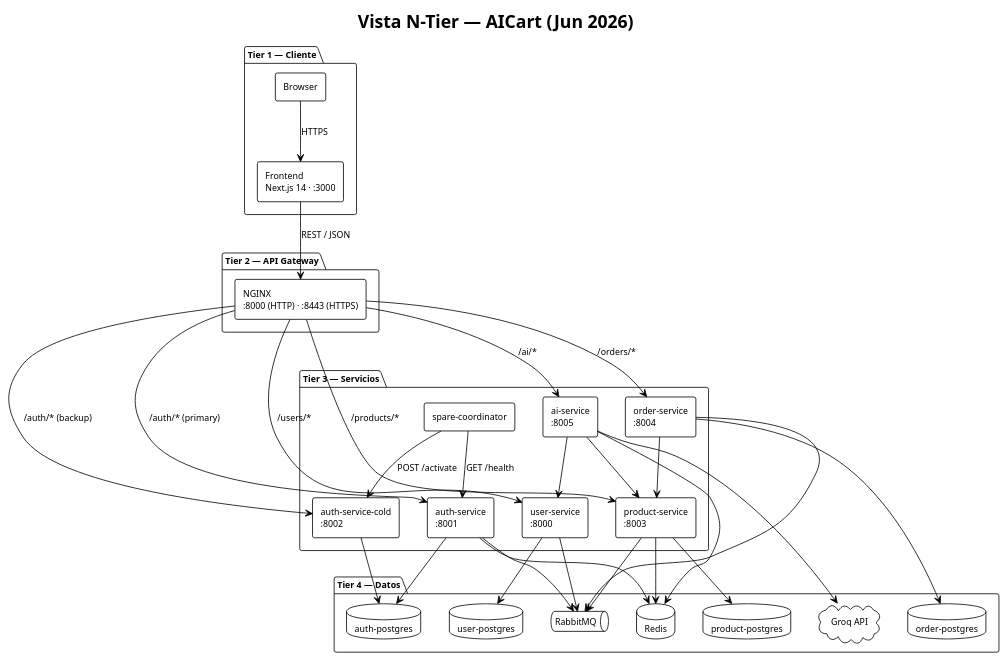
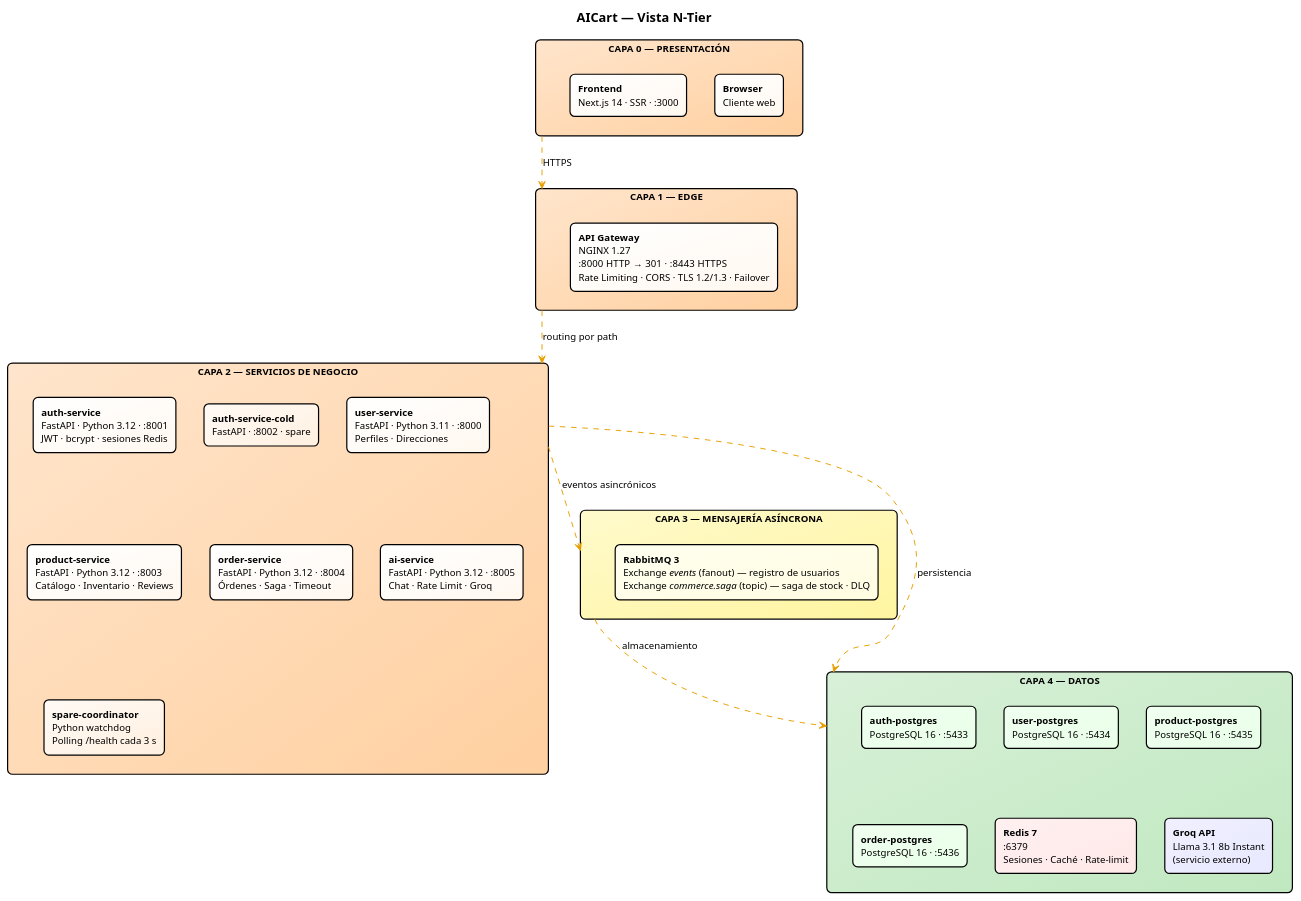
Before and after one commit to jpastor1649/ecommerce-project: the diagram in docs/architecture/NTier_Current.puml, drawn with PlantUML. The commit also changed 6 other files, not shown here.

```diff
--- a/docs/architecture/NTier_Current.puml
+++ b/docs/architecture/NTier_Current.puml
@@ -1,69 +1,52 @@
 @startuml
 !theme plain
-skinparam componentStyle rectangle
+skinparam defaultFontSize 12
+skinparam defaultFontName Arial
 skinparam shadowing false
-skinparam defaultFontSize 11
-top to bottom direction
+skinparam backgroundColor #FFFFFF
+skinparam rectangleRoundCorner 12
+skinparam rectangleBorderThickness 1.5
+skinparam ArrowColor #888888
+skinparam ArrowThickness 1.2
 
-title Vista N-Tier — AICart (Jun 2026)
+title <size:16><b>AICart — Vista N-Tier</b></size>
 
-package "Tier 1 — Cliente" {
-  component "Browser" as Browser
-  component "Frontend\nNext.js 14 · :3000" as Frontend
+rectangle "  CAPA 0 — PRESENTACIÓN  " as C0 #FFE5CC/FFD0A0 {
+  rectangle "<b>Browser</b>\nCliente web" as Browser #FFFFFF/FFF8F0
+  rectangle "<b>Frontend</b>\nNext.js 14 · SSR · :3000" as FE #FFFFFF/FFF8F0
 }
 
-package "Tier 2 — API Gateway" {
-  component "NGINX\n:8000 (HTTP) · :8443 (HTTPS)" as Gateway
+rectangle "  CAPA 1 — EDGE  " as C1 #FFE5CC/FFD0A0 {
+  rectangle "<b>API Gateway</b>\nNGINX 1.27\n:8000 HTTP → 301  ·  :8443 HTTPS\nRate Limiting · CORS · TLS 1.2/1.3 · Failover" as GW #FFFFFF/FFF8F0
 }
 
-package "Tier 3 — Servicios" {
-  component "auth-service\n:8001" as Auth
-  component "auth-service-cold\n:8002" as AuthCold
-  component "spare-coordinator" as Coord
-  component "user-service\n:8000" as UserSvc
-  component "product-service\n:8003" as ProductSvc
-  component "order-service\n:8004" as OrderSvc
-  component "ai-service\n:8005" as AISvc
+rectangle "  CAPA 2 — SERVICIOS DE NEGOCIO  " as C2 #FFE5CC/FFD0A0 {
+  rectangle "<b>auth-service</b>\nFastAPI · Python 3.12 · :8001\nJWT · bcrypt · sesiones Redis" as Auth #FFFFFF/FFF8F0
+  rectangle "<b>auth-service-cold</b>\nFastAPI · :8002 · spare" as AuthC #FFFAF5/FFF0E0
+  rectangle "<b>user-service</b>\nFastAPI · Python 3.11 · :8000\nPerfiles · Direcciones" as User #FFFFFF/FFF8F0
+  rectangle "<b>product-service</b>\nFastAPI · Python 3.12 · :8003\nCatálogo · Inventario · Reviews" as Prod #FFFFFF/FFF8F0
+  rectangle "<b>order-service</b>\nFastAPI · Python 3.12 · :8004\nÓrdenes · Saga · Timeout" as Order #FFFFFF/FFF8F0
+  rectangle "<b>ai-service</b>\nFastAPI · Python 3.12 · :8005\nChat · Rate Limit · Groq" as AI #FFFFFF/FFF8F0
+  rectangle "<b>spare-coordinator</b>\nPython watchdog\nPolling /health cada 3 s" as Coord #FFFAF5/FFF0E0
 }
 
-package "Tier 4 — Datos" {
-  database "auth-postgres" as AuthDB
-  database "user-postgres" as UserDB
-  database "product-postgres" as ProductDB
-  database "order-postgres" as OrderDB
-  database "Redis" as Redis
-  queue "RabbitMQ" as MQ
-  cloud "Groq API" as Groq
+rectangle "  CAPA 3 — MENSAJERÍA ASÍNCRONA  " as C3 #FFFACC/FFF5A0 {
+  rectangle "<b>RabbitMQ 3</b>\nExchange <i>events</i> (fanout) — registro de usuarios\nExchange <i>commerce.saga</i> (topic) — saga de stock · DLQ" as MQ #FFFFF0/FFFCE0
 }
 
-Browser  --> Frontend  : HTTPS
-Frontend --> Gateway   : REST / JSON
+rectangle "  CAPA 4 — DATOS  " as C4 #D8F0D8/C0E8C0 {
+  rectangle "<b>auth-postgres</b>\nPostgreSQL 16 · :5433" as ADB #F0FFF0/E8FFE8
+  rectangle "<b>user-postgres</b>\nPostgreSQL 16 · :5434" as UDB #F0FFF0/E8FFE8
+  rectangle "<b>product-postgres</b>\nPostgreSQL 16 · :5435" as PDB #F0FFF0/E8FFE8
+  rectangle "<b>order-postgres</b>\nPostgreSQL 16 · :5436" as ODB #F0FFF0/E8FFE8
+  rectangle "<b>Redis 7</b>\n:6379\nSesiones · Caché · Rate-limit" as Redis #FFF0F0/FFE8E8
+  rectangle "<b>Groq API</b>\nLlama 3.1 8b Instant\n(servicio externo)" as Groq #F0F0FF/E8E8FF
+}
 
-Gateway --> Auth       : /auth/* (primary)
-Gateway --> AuthCold   : /auth/* (backup)
-Gateway --> UserSvc    : /users/*
-Gateway --> ProductSvc : /products/*
-Gateway --> OrderSvc   : /orders/*
-Gateway --> AISvc      : /ai/*
-
-Coord --> Auth     : GET /health
-Coord --> AuthCold : POST /activate
-
-Auth        --> AuthDB
-Auth        --> Redis
-Auth        --> MQ
-AuthCold    --> AuthDB
-UserSvc     --> UserDB
-UserSvc     --> MQ
-ProductSvc  --> ProductDB
-ProductSvc  --> Redis
-ProductSvc  --> MQ
-OrderSvc    --> OrderDB
-OrderSvc    --> MQ
-OrderSvc    --> ProductSvc
-AISvc       --> Redis
-AISvc       --> UserSvc
-AISvc       --> ProductSvc
-AISvc       --> Groq
+C0 -[#E8A000,thickness=2,dashed]-> C1 : HTTPS
+C1 -[#E8A000,thickness=2,dashed]-> C2 : routing por path
+C2 -[#E8A000,thickness=2,dashed]-> C3 : eventos asincrónicos
+C2 -[#E8A000,thickness=2,dashed]-> C4 : persistencia
+C3 -[#E8A000,thickness=2,dashed]-> C4 : almacenamiento
 
 @enduml
```
